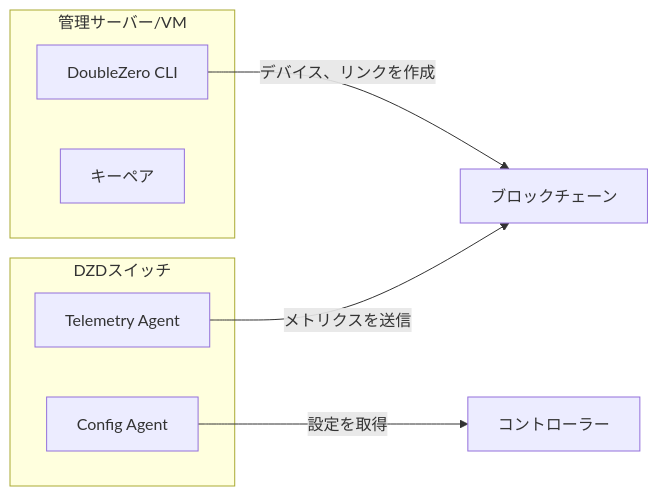
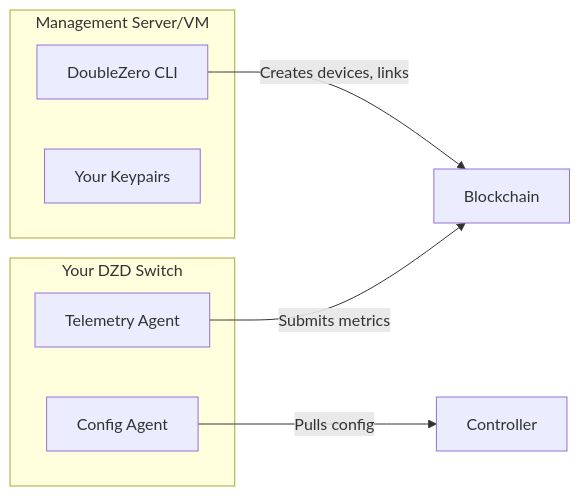
The third of 13 diagrams in docs/contribute-provisioning.ja.md (malbeclabs/docs), drawn with Mermaid before and after one commit. The commit also changed other lines of this file and 160 other files, not shown here.

````diff
--- a/docs/contribute-provisioning.ja.md
+++ b/docs/contribute-provisioning.ja.md
@@ -134,16 +173,16 @@
     ```mermaid
     flowchart LR
-        subgraph "管理サーバー/VM"
+        subgraph "Management Server/VM"
             CLI[DoubleZero CLI]
-            KEYS[キーペア]
+            KEYS[Your Keypairs]
         end
 
-        subgraph "DZDスイッチ"
+        subgraph "Your DZD Switch"
             CA[Config Agent]
             TA[Telemetry Agent]
         end
 
-        CLI -->|デバイス、リンクを作成| BC[ブロックチェーン]
-        CA -->|設定を取得| CTRL[コントローラー]
-        TA -->|メトリクスを送信| BC
+        CLI -->|Creates devices, links| BC[Blockchain]
+        CA -->|Pulls config| CTRL[Controller]
+        TA -->|Submits metrics| BC
     ```
````
